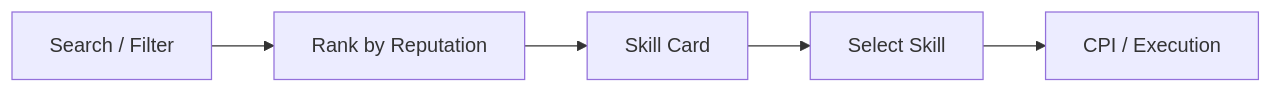
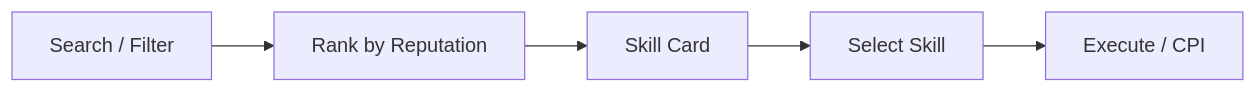
Before and after one commit to lucylow/Solana-Claw-Machine-Swarm: the sixth of 12 diagrams in README.md, drawn with Mermaid. The commit also changed other lines of this file and 26 other files, not shown here.

````diff
--- a/README.md
+++ b/README.md
@@ -275,7 +243,7 @@
 ```mermaid
 flowchart LR
     Search[Search / Filter] --> Rank[Rank by Reputation]
     Rank --> Card[Skill Card]
     Card --> Select[Select Skill]
-    Select --> Invoke[CPI / Execution]
+    Select --> Invoke[Execute / CPI]
 ```
````
